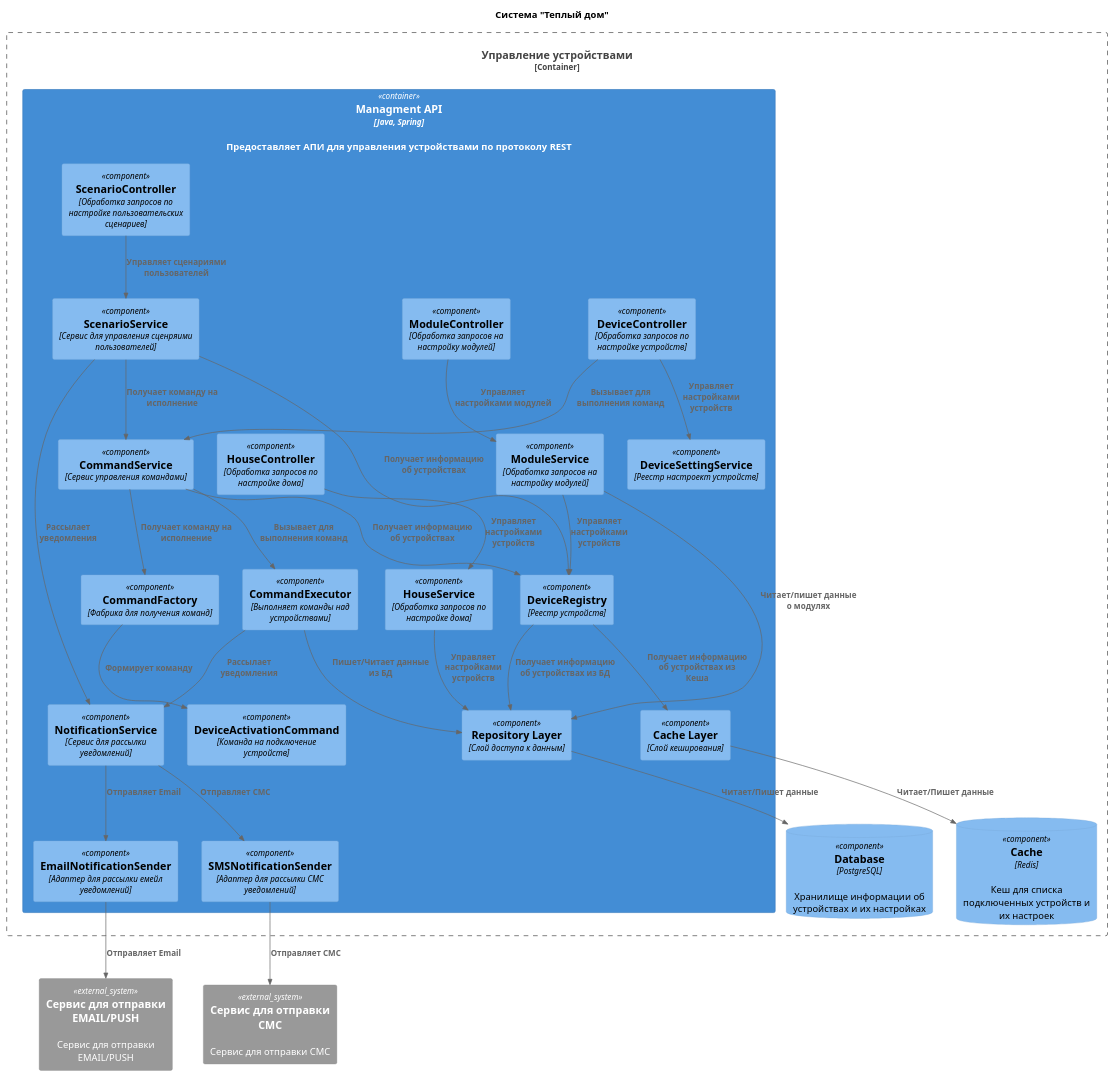
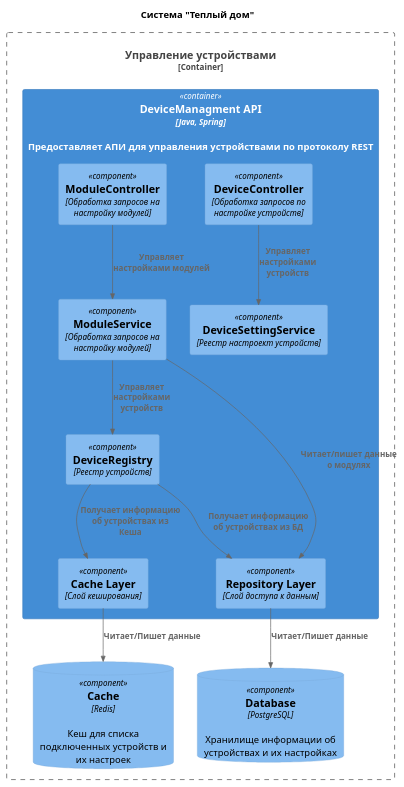
Before and after one commit to AlexVolkow/architecture-sprint-3: the diagram in part1/Component_managment.puml, drawn with PlantUML. The commit also changed 7 other files, not shown here.

```diff
--- a/part1/Component_managment.puml
+++ b/part1/Component_managment.puml
@@ -1,65 +1,34 @@
 @startuml
 title Система "Теплый дом"
 
 top to bottom direction
 
 !includeurl https://raw.githubusercontent.com/RicardoNiepel/C4-PlantUML/master/C4_Component.puml
 
 Container_Boundary(DeviceManagmentSystem, "Управление устройствами") {
-    Container(ManagmentAPI, "Managment API", "Java, Spring", "Предоставляет АПИ для управления устройствами по протоколу REST")
-    ComponentDb(Database, "Database", "PostgreSQL", "Хранилище информации об устройствах и их настройках")
-    ComponentDb(Cache, "Cache", "Redis", "Кеш для списка подключенных устройств и их настроек")
+  Container(DeviceManagmentAPI, "DeviceManagment API", "Java, Spring", "Предоставляет АПИ для управления устройствами по протоколу REST")
+  ComponentDb(Database, "Database", "PostgreSQL", "Хранилище информации об устройствах и их настройках")
+  ComponentDb(Cache, "Cache", "Redis", "Кеш для списка подключенных устройств и их настроек")
 }
 
-System_Ext(NotificationServiceExtEmail, "Сервис для отправки EMAIL/PUSH", "Сервис для отправки EMAIL/PUSH")
-System_Ext(NotificationServiceExtSMS, "Сервис для отправки СМС", "Сервис для отправки СМС")
-
-Container(ManagmentAPI, "Управление устройствами", "Java, Spring") {
+Container(DeviceManagmentAPI, "Управление устройствами", "Java, Spring") {
   Component(DeviceController, "DeviceController", "Обработка запросов по настройке устройств")
-  Component(ScenarioController, "ScenarioController", "Обработка запросов по настройке пользовательских сценариев")
   Component(ModuleController, "ModuleController", "Обработка запросов на настройку модулей")
   Component(ModuleService, "ModuleService", "Обработка запросов на настройку модулей")
-  Component(HouseService, "HouseService", "Обработка запросов по настройке дома")
-  Component(HouseController, "HouseController", "Обработка запросов по настройке дома")
-  Component(CommandService, "CommandService", "Сервис управления командами")
-  Component(CommandExecutor, "CommandExecutor", "Выполняет команды над устройствами")
-  Component(CommandFactory, "CommandFactory", "Фабрика для получения команд")
   Component(DeviceRegistry, "DeviceRegistry", "Реестр устройств")
   Component(DeviceSettingService, "DeviceSettingService", "Реестр настроект устройств")
-  Component(DeviceActivationCommand, "DeviceActivationCommand", "Команда на подключение устройств")
-  Component(ScenarioService, "ScenarioService", "Сервис для управления сценряими пользователей")
   Component(RepositoryLayer, "Repository Layer", "Слой доступа к данным")
   Component(CacheLayer, "Cache Layer", "Слой кеширования")
-  Component(NotificationService, "NotificationService", "Сервис для рассылки уведомлений")
-  Component(EmailNotificationSender, "EmailNotificationSender", "Адаптер для рассылки емейл уведомлений")
-  Component(SMSNotificationSender, "SMSNotificationSender", "Адаптер для рассылки СМС уведомлений")
 }
 
-Rel(CommandService,CommandFactory,"Получает команду на исполнение")
-Rel(CommandService,CommandExecutor,"Вызывает для выполнения команд")
-Rel(CommandService,DeviceRegistry,"Получает информацию об устройствах")
-Rel(DeviceController,CommandService,"Вызывает для выполнения команд")
-Rel(CommandFactory,DeviceActivationCommand,"Формирует команду")
 Rel(DeviceController,DeviceSettingService,"Управляет настройками устройств")
 Rel(ModuleController,ModuleService,"Управляет настройками модулей")
 Rel(ModuleService,RepositoryLayer,"Читает/пишет данные о модулях")
 Rel(ModuleService,DeviceRegistry,"Управляет настройками устройств")
-Rel(HouseController,HouseService,"Управляет настройками устройств")
-Rel(HouseService,RepositoryLayer,"Управляет настройками устройств")
 
-Rel(ScenarioController,ScenarioService,"Управляет сценариями пользователей")
-Rel(ScenarioService,DeviceRegistry,"Получает информацию об устройствах")
-Rel(ScenarioService,NotificationService,"Рассылает уведомления")
-Rel(ScenarioService,CommandService,"Получает команду на исполнение")
 Rel(DeviceRegistry,CacheLayer,"Получает информацию об устройствах из Кеша")
 Rel(DeviceRegistry,RepositoryLayer,"Получает информацию об устройствах из БД")
-Rel(CommandExecutor,RepositoryLayer,"Пишет/Читает данные из БД")
-Rel(CommandExecutor,NotificationService,"Рассылает уведомления")
-Rel(NotificationService,EmailNotificationSender,"Отправляет Email")
-Rel(NotificationService,SMSNotificationSender,"Отправляет СМС")
-Rel(SMSNotificationSender,NotificationServiceExtSMS,"Отправляет СМС")
-Rel(EmailNotificationSender,NotificationServiceExtEmail,"Отправляет Email")
 Rel(RepositoryLayer,Database,"Читает/Пишет данные")
 Rel(CacheLayer,Cache,"Читает/Пишет данные")
 
 @enduml
```
